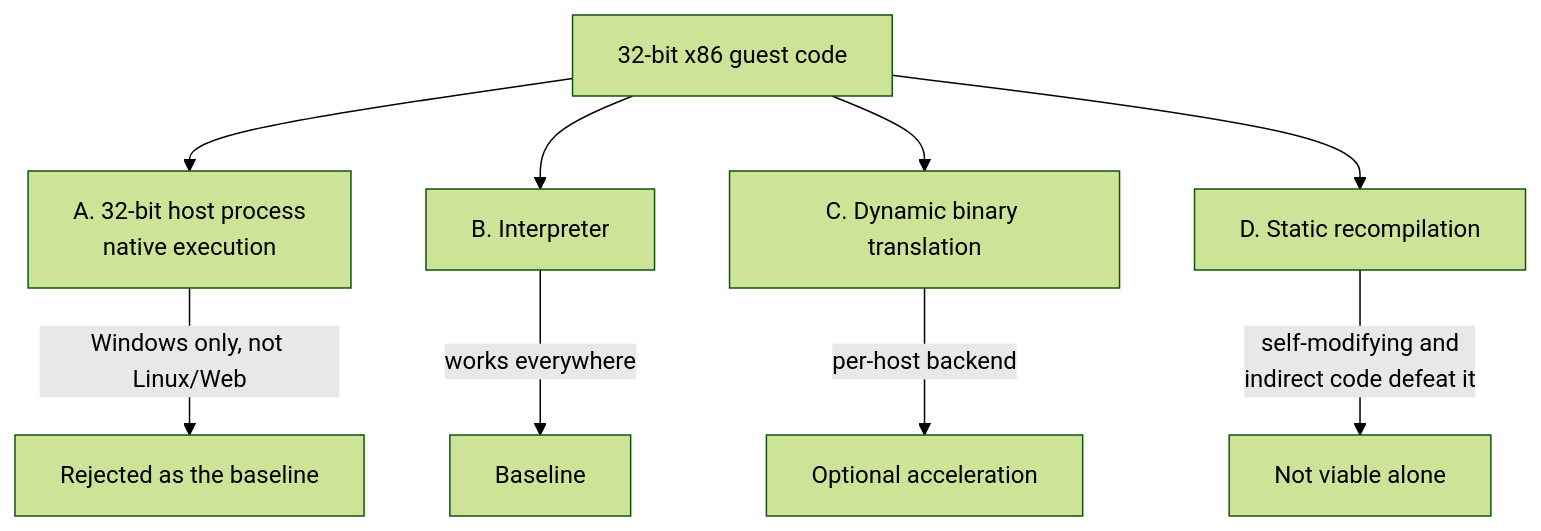
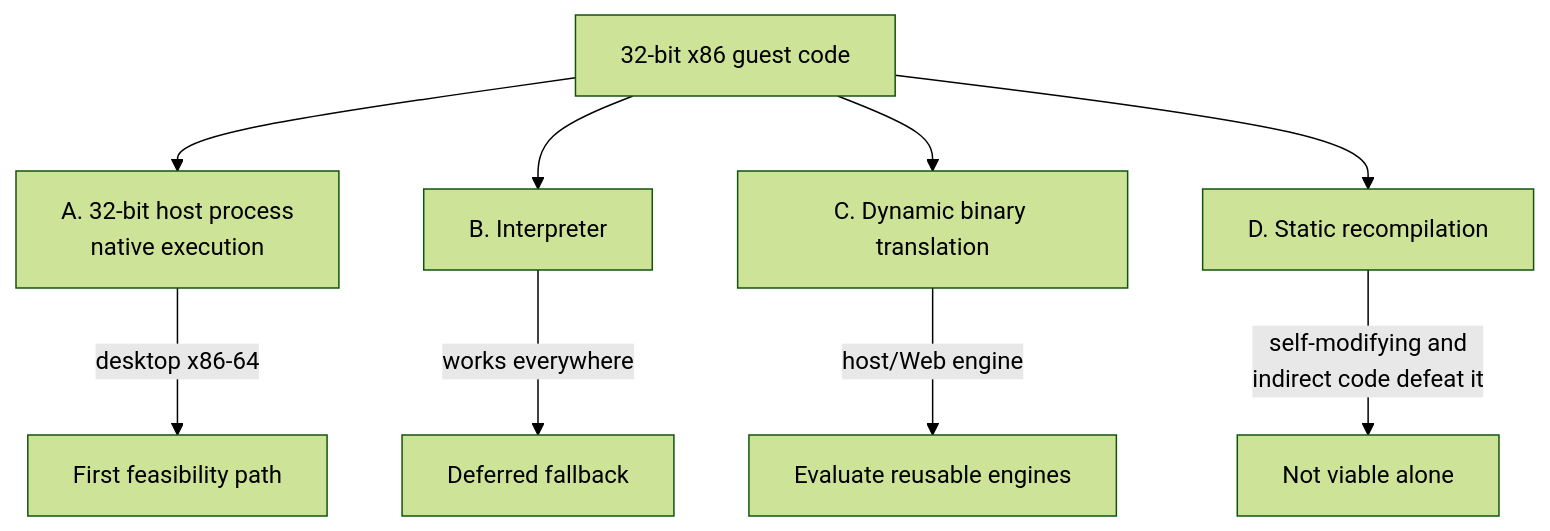
Before and after one commit to nworkers/re2DJ: the diagram in docs/kb/x86-32-guest-on-64-bit-host.md, drawn with Mermaid (forest theme). The commit also changed other lines of this file and 92 other files, not shown here.

````diff
--- a/docs/kb/x86-32-guest-on-64-bit-host.md
+++ b/docs/kb/x86-32-guest-on-64-bit-host.md
@@ -31,11 +31,11 @@
 ```mermaid
 flowchart TD
     Q["32-bit x86 guest code"] --> A["A. 32-bit host process<br/>native execution"]
     Q --> B["B. Interpreter"]
     Q --> C["C. Dynamic binary translation"]
     Q --> D["D. Static recompilation"]
-    A -->|Windows only, not Linux/Web| X1["Rejected as the baseline"]
-    B -->|works everywhere| Y1["Baseline"]
-    C -->|per-host backend| Y2["Optional acceleration"]
+    A -->|desktop x86-64| Y0["First feasibility path"]
+    B -->|works everywhere| Y1["Deferred fallback"]
+    C -->|host/Web engine| Y2["Evaluate reusable engines"]
     D -->|self-modifying and<br/>indirect code defeat it| X2["Not viable alone"]
 ```
````
